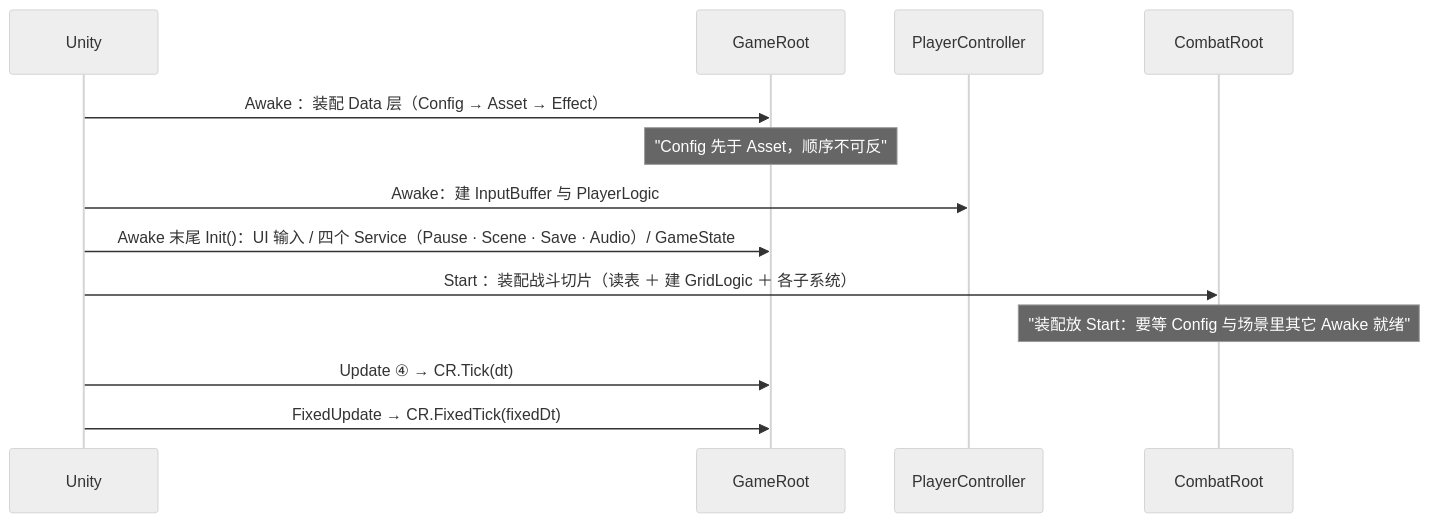
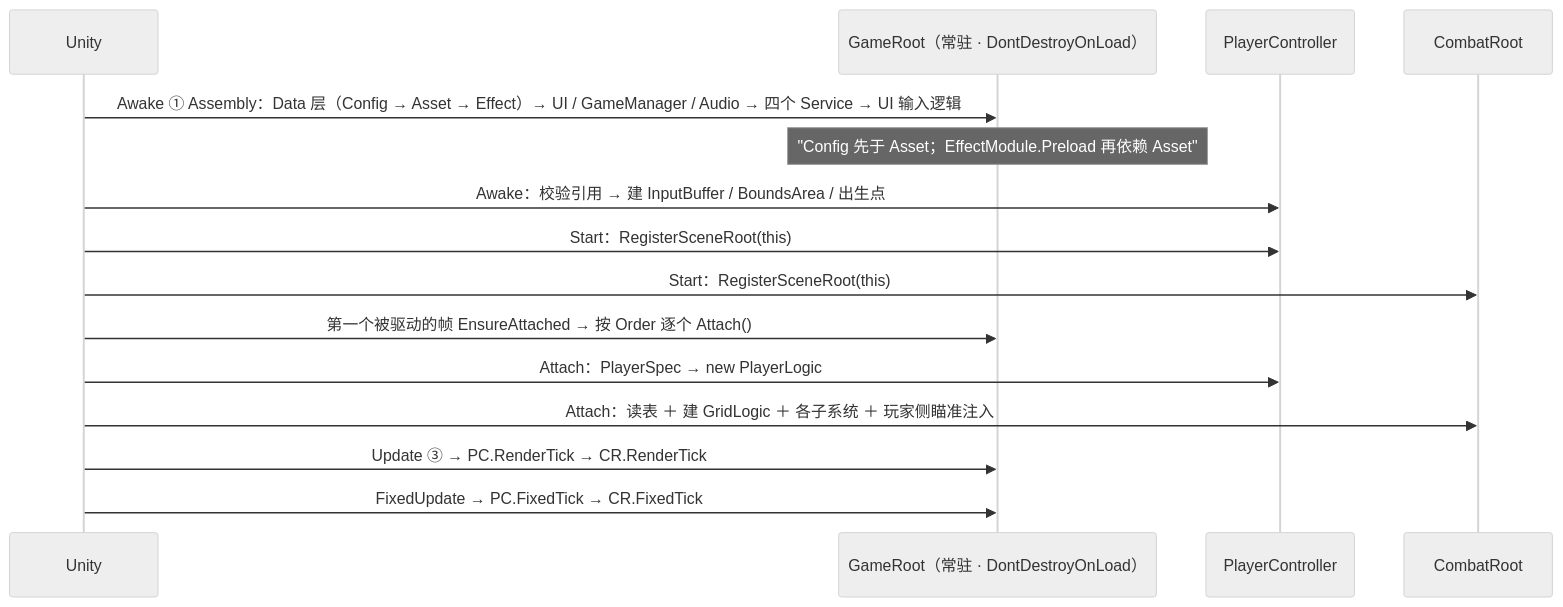
The third of 3 diagrams in Docs/框架设计/框架蓝图.md (5FYZhou/deepseaoil), drawn with Mermaid (neutral theme) before and after one commit. The commit also changed other lines of this file and 13 other files, not shown here.

````diff
--- a/Docs/框架设计/框架蓝图.md
+++ b/Docs/框架设计/框架蓝图.md
@@ -73,15 +67,17 @@
 ```mermaid
 sequenceDiagram
     participant U as Unity
-    participant GR as GameRoot
+    participant GR as GameRoot（常驻 · DontDestroyOnLoad）
     participant PC as PlayerController
     participant CR as CombatRoot
-    U->>GR: Awake ：装配 Data 层（Config → Asset → Effect）
-    Note over GR: "Config 先于 Asset，顺序不可反"
-    U->>PC: Awake：建 InputBuffer 与 PlayerLogic
-    U->>GR: Awake 末尾 Init()：UI 输入 / 四个 Service（Pause · Scene · Save · Audio）/ GameState
-    U->>CR: Start ：装配战斗切片（读表 ＋ 建 GridLogic ＋ 各子系统）
-    Note over CR: "装配放 Start：要等 Config 与场景里其它 Awake 就绪"
-    U->>GR: Update ④ → CR.Tick(dt)
-    U->>GR: FixedUpdate → CR.FixedTick(fixedDt)
+    U->>GR: Awake ① Assembly：Data 层（Config → Asset → Effect）→ UI / GameManager / Audio → 四个 Service → UI 输入逻辑
+    Note over GR: "Config 先于 Asset；EffectModule.Preload 再依赖 Asset"
+    U->>PC: Awake：校验引用 → 建 InputBuffer / BoundsArea / 出生点
+    U->>PC: Start：RegisterSceneRoot(this)
+    U->>CR: Start：RegisterSceneRoot(this)
+    U->>GR: 第一个被驱动的帧 EnsureAttached → 按 Order 逐个 Attach()
+    U->>PC: Attach：PlayerSpec → new PlayerLogic
+    U->>CR: Attach：读表 ＋ 建 GridLogic ＋ 各子系统 ＋ 玩家侧瞄准注入
+    U->>GR: Update ③ → PC.RenderTick → CR.RenderTick
+    U->>GR: FixedUpdate → PC.FixedTick → CR.FixedTick
 ```
````
